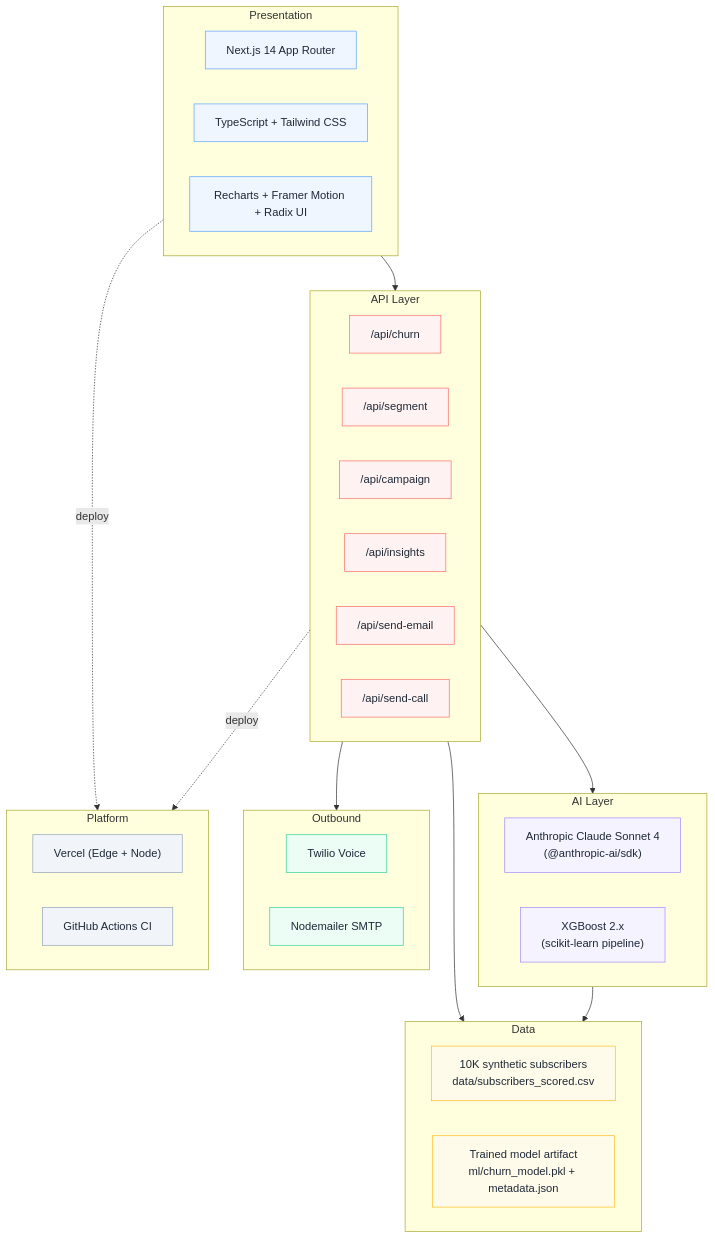
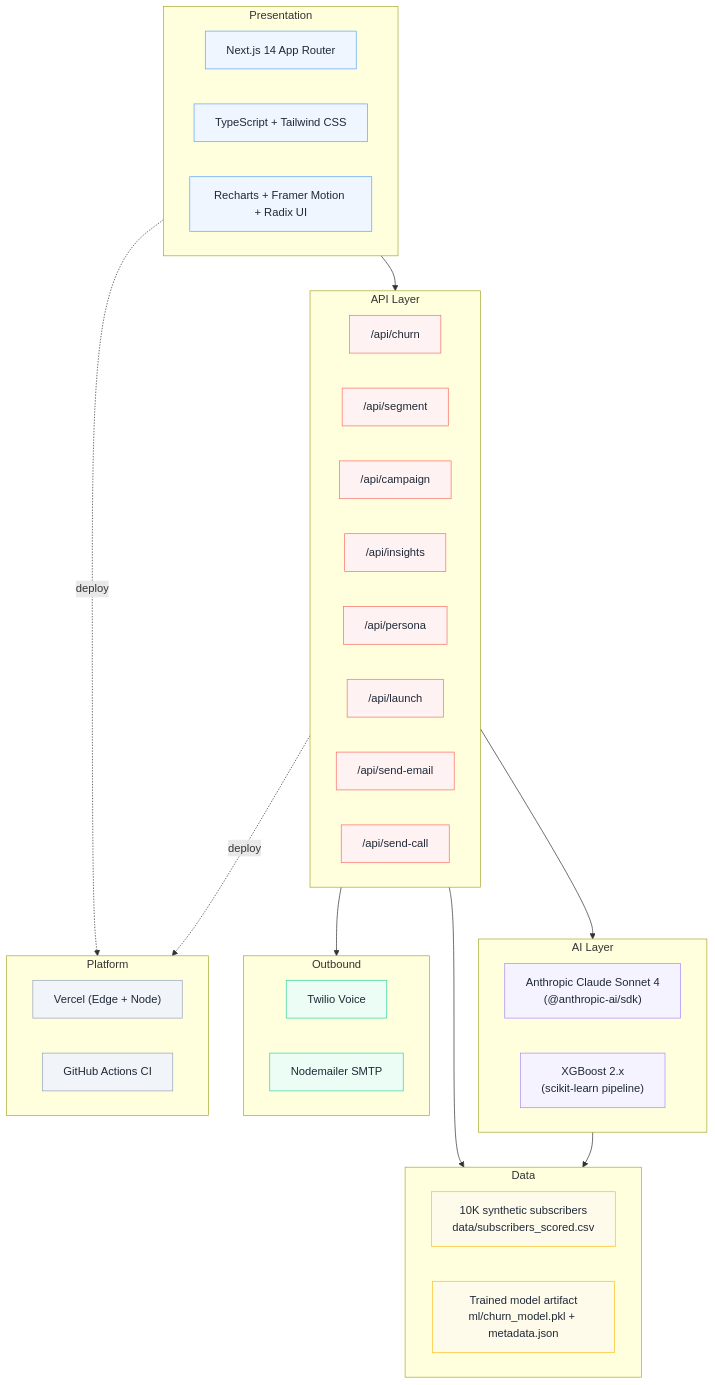
One commit to mn3265-commits/telcopulse-ai changed the diagram in docs/diagrams/tech_stack.mmd. Above: the diagram before and after it, drawn with Mermaid. The commit also changed 13 other files, not shown here.

First line of the commit message:
Wire Persona Architect and Launch Copilot to live Claude

```diff
--- a/docs/diagrams/tech_stack.mmd
+++ b/docs/diagrams/tech_stack.mmd
@@ -1,57 +1,59 @@
 flowchart TB
     subgraph L1["Presentation"]
         FE1["Next.js 14 App Router"]
         FE2["TypeScript + Tailwind CSS"]
         FE3["Recharts + Framer Motion + Radix UI"]
     end
 
     subgraph L2["API Layer"]
         API1["/api/churn"]
         API2["/api/segment"]
         API3["/api/campaign"]
         API4["/api/insights"]
-        API5["/api/send-email"]
-        API6["/api/send-call"]
+        API5["/api/persona"]
+        API6["/api/launch"]
+        API7["/api/send-email"]
+        API8["/api/send-call"]
     end
 
     subgraph L3["AI Layer"]
         AI1["Anthropic Claude Sonnet 4<br/>(@anthropic-ai/sdk)"]
         ML1["XGBoost 2.x<br/>(scikit-learn pipeline)"]
     end
 
     subgraph L4["Data"]
         D1["10K synthetic subscribers<br/>data/subscribers_scored.csv"]
         D2["Trained model artifact<br/>ml/churn_model.pkl + metadata.json"]
     end
 
     subgraph L5["Outbound"]
         OB1["Twilio Voice"]
         OB2["Nodemailer SMTP"]
     end
 
     subgraph L6["Platform"]
         P1["Vercel (Edge + Node)"]
         P2["GitHub Actions CI"]
     end
 
     L1 --> L2
     L2 --> L3
     L2 --> L4
     L2 --> L5
     L3 --> L4
     L1 -.deploy.-> L6
     L2 -.deploy.-> L6
 
     classDef pres fill:#EFF6FF,stroke:#60A5FA,stroke-width:1px,color:#1F2937
     classDef api fill:#FEF3F2,stroke:#F97066,stroke-width:1px,color:#1F2937
     classDef ai fill:#F5F3FF,stroke:#A78BFA,stroke-width:1px,color:#1F2937
     classDef data fill:#FFFBEB,stroke:#FBBF24,stroke-width:1px,color:#1F2937
     classDef out fill:#ECFDF5,stroke:#34D399,stroke-width:1px,color:#1F2937
     classDef plat fill:#F1F5F9,stroke:#94A3B8,stroke-width:1px,color:#1F2937
 
     class FE1,FE2,FE3 pres
-    class API1,API2,API3,API4,API5,API6 api
+    class API1,API2,API3,API4,API5,API6,API7,API8 api
     class AI1,ML1 ai
     class D1,D2 data
     class OB1,OB2 out
     class P1,P2 plat
```
